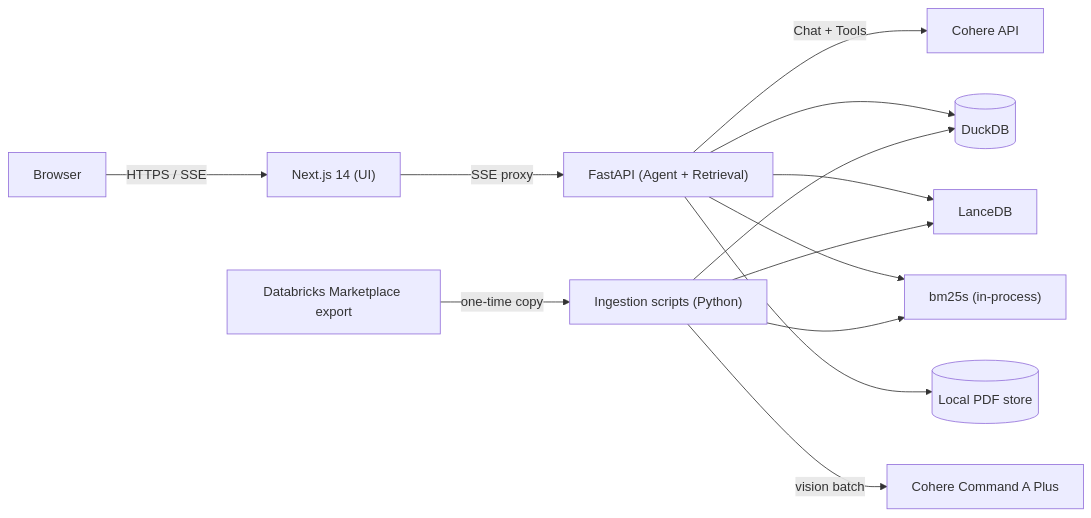
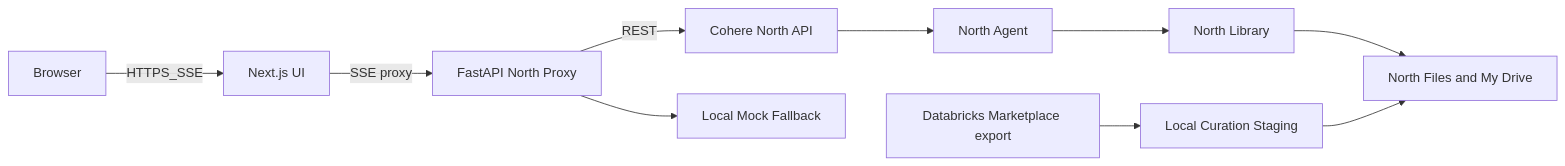
One commit to CohereJohnny/og-eowi changed the diagram in specs/techstack.md. Above: the diagram before and after it, drawn with Mermaid. The commit also changed other lines of this file and 16 other files, not shown here.

````diff
--- a/specs/techstack.md
+++ b/specs/techstack.md
@@ -9,15 +9,12 @@
 ```mermaid
 flowchart LR
-    Browser["Browser"] -->|HTTPS / SSE| Next["Next.js 14 (UI)"]
-    Next -->|SSE proxy| FastAPI["FastAPI (Agent + Retrieval)"]
-    FastAPI -->|Chat + Tools| Cohere["Cohere API"]
-    FastAPI --> DuckDB[("DuckDB")]
-    FastAPI --> Lance["LanceDB"]
-    FastAPI --> BM25["bm25s (in-process)"]
-    FastAPI --> PDFs[("Local PDF store")]
-    Ingest["Ingestion scripts (Python)"] --> DuckDB
-    Ingest --> Lance
-    Ingest --> BM25
-    Ingest -->|vision batch| CohereVision["Cohere Command A Plus"]
-    Databricks["Databricks Marketplace export"] -->|one-time copy| Ingest
+    browser["Browser"] -->|HTTPS_SSE| nextApp["Next.js UI"]
+    nextApp -->|SSE proxy| fastApi["FastAPI North Proxy"]
+    fastApi -->|REST| northApi["Cohere North API"]
+    northApi --> northAgent["North Agent"]
+    northAgent --> northLibrary["North Library"]
+    northLibrary --> northFiles["North Files and My Drive"]
+    fastApi --> fallback["Local Mock Fallback"]
+    databricks["Databricks Marketplace export"] --> staging["Local Curation Staging"]
+    staging --> northFiles
 ```
````
